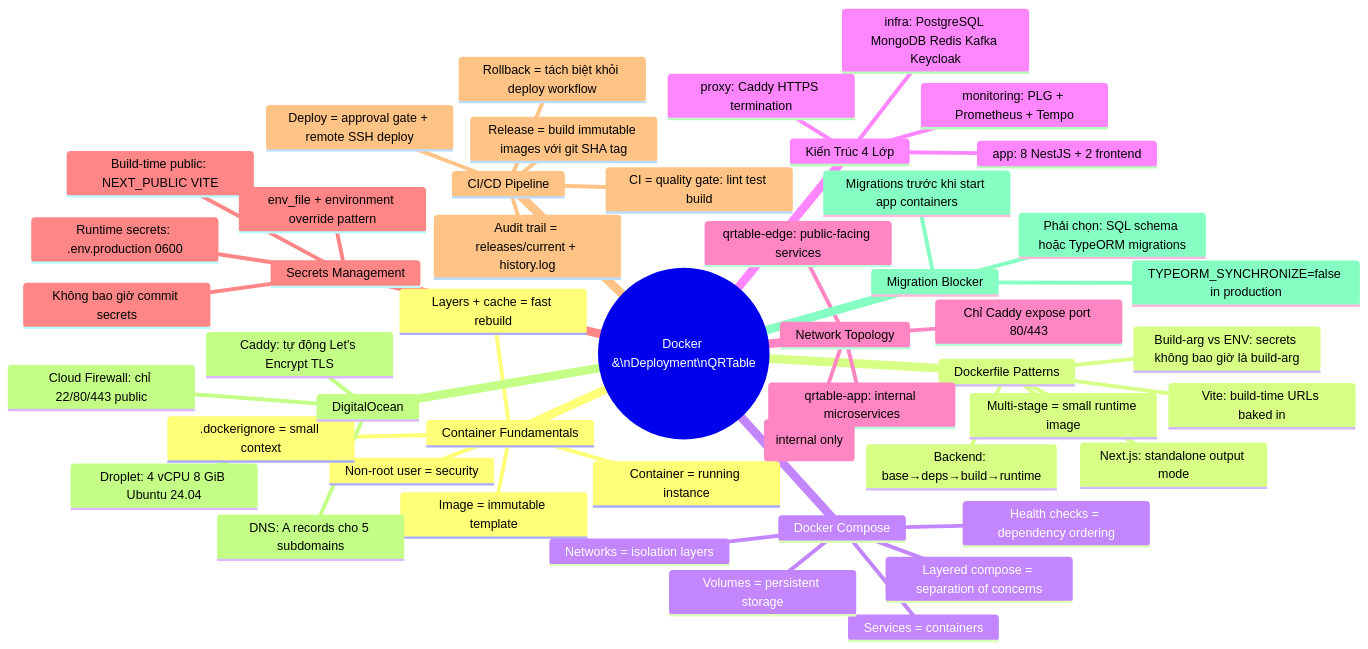
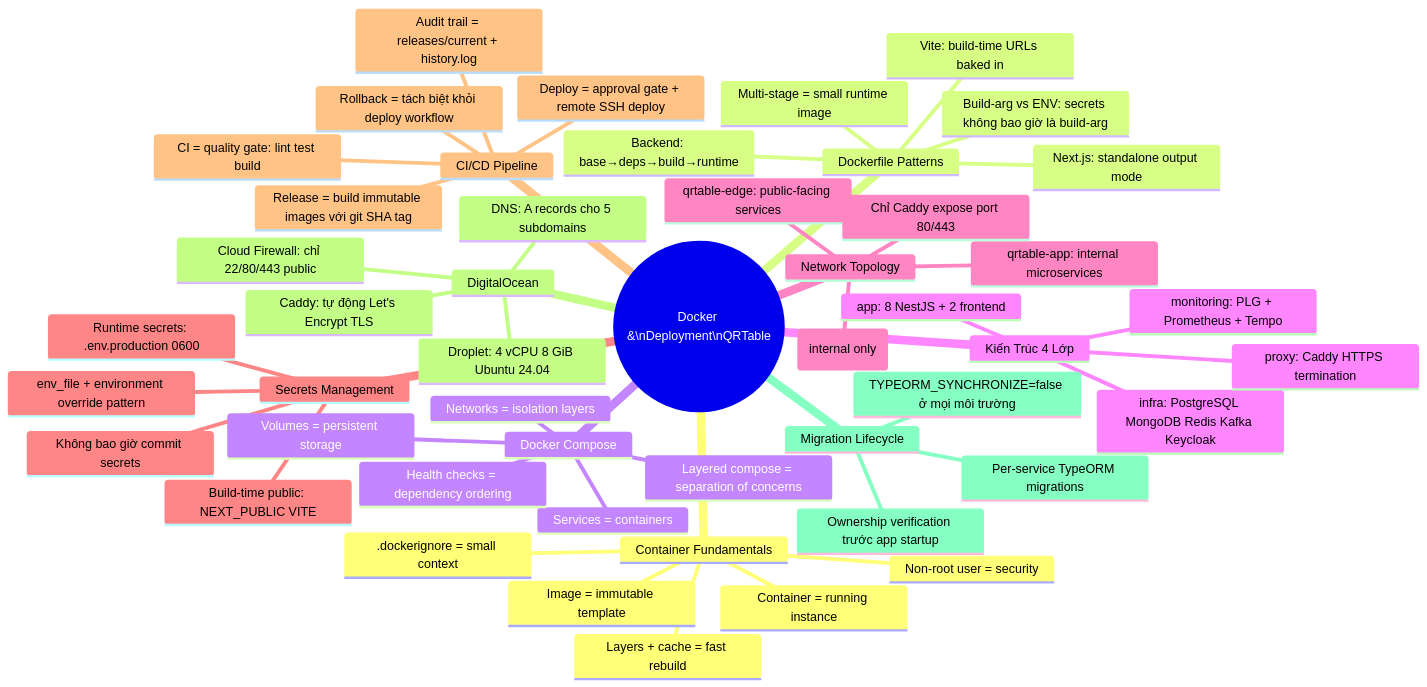
The fourth of 4 diagrams in docs/guides/docker-deployment-cicd-qrtable.vi.md (quan-vo-dinh/saas-pos-microservices-qrtable), drawn with Mermaid before and after one commit. The commit also changed other lines of this file and 70 other files, not shown here.

Commit message:
feat(db): split PostgreSQL per service (catalog, order, payment, saas)

````diff
--- a/docs/guides/docker-deployment-cicd-qrtable.vi.md
+++ b/docs/guides/docker-deployment-cicd-qrtable.vi.md
@@ -2632,52 +2610,52 @@
 ```mermaid
 mindmap
   root((Docker &\nDeployment\nQRTable))
     Container Fundamentals
       Image = immutable template
       Container = running instance
       Layers + cache = fast rebuild
       Non-root user = security
       .dockerignore = small context
     Dockerfile Patterns
       Multi-stage = small runtime image
       Backend: base→deps→build→runtime
       Next.js: standalone output mode
       Vite: build-time URLs baked in
       Build-arg vs ENV: secrets không bao giờ là build-arg
     Docker Compose
       Services = containers
       Networks = isolation layers
       Volumes = persistent storage
       Health checks = dependency ordering
       Layered compose = separation of concerns
     Kiến Trúc 4 Lớp
       infra: PostgreSQL MongoDB Redis Kafka Keycloak
       app: 8 NestJS + 2 frontend
       proxy: Caddy HTTPS termination
       monitoring: PLG + Prometheus + Tempo
     Network Topology
       qrtable-edge: public-facing services
       qrtable-app: internal microservices
       qrtable-infra: databases (internal only)
       Chỉ Caddy expose port 80/443
     Secrets Management
       Build-time public: NEXT_PUBLIC VITE
       Runtime secrets: .env.production 0600
       Không bao giờ commit secrets
       env_file + environment override pattern
     CI/CD Pipeline
       CI = quality gate: lint test build
       Release = build immutable images với git SHA tag
       Deploy = approval gate + remote SSH deploy
       Rollback = tách biệt khỏi deploy workflow
       Audit trail = releases/current + history.log
     DigitalOcean
       Droplet: 4 vCPU 8 GiB Ubuntu 24.04
       Cloud Firewall: chỉ 22/80/443 public
       DNS: A records cho 5 subdomains
       Caddy: tự động Let's Encrypt TLS
-    Migration Blocker
-      TYPEORM_SYNCHRONIZE=false in production
-      Phải chọn: SQL schema hoặc TypeORM migrations
-      Migrations trước khi start app containers
+    Migration Lifecycle
+      TYPEORM_SYNCHRONIZE=false ở mọi môi trường
+      Per-service TypeORM migrations
+      Ownership verification trước app startup
 ```
````
